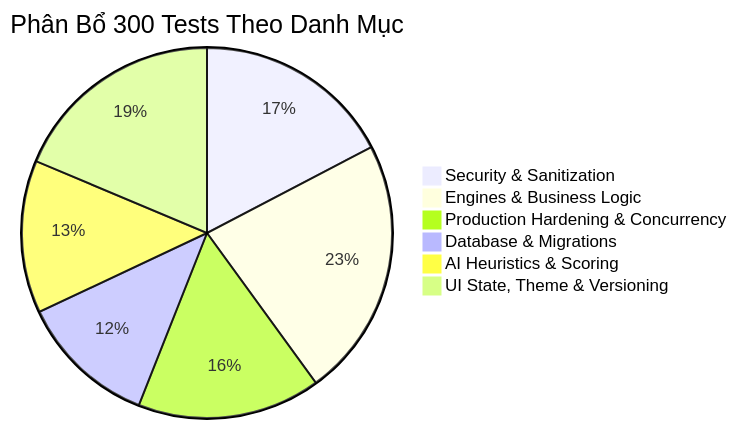
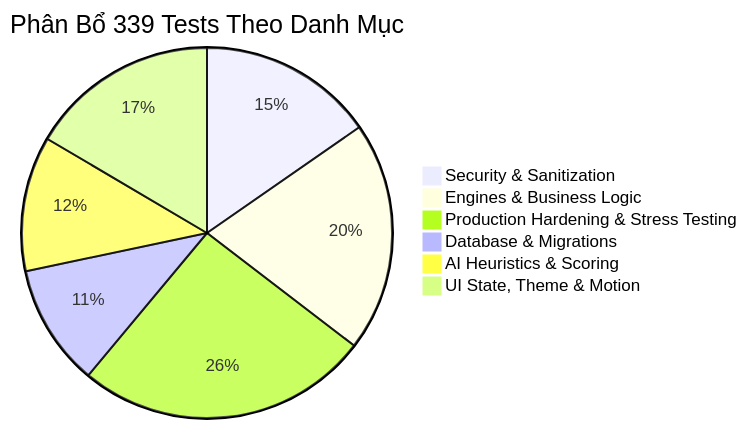
One commit to Nguyen-Trung-Tien/WinCarePro changed the diagram in docs/08_TESTING_AND_QUALITY_ASSURANCE.md. Above: the diagram before and after it, drawn with Mermaid. The commit also changed other lines of this file and 9 other files, not shown here.

First line of the commit message:
test: add stress hardening tests and cleanup fixes

````diff
--- a/docs/08_TESTING_AND_QUALITY_ASSURANCE.md
+++ b/docs/08_TESTING_AND_QUALITY_ASSURANCE.md
@@ -16,9 +16,9 @@
 ```mermaid
-pie title Phân Bổ 300 Tests Theo Danh Mục
+pie title Phân Bổ 339 Tests Theo Danh Mục
     "Security & Sanitization" : 52
     "Engines & Business Logic" : 68
-    "Production Hardening & Concurrency" : 48
+    "Production Hardening & Stress Testing" : 87
     "Database & Migrations" : 36
     "AI Heuristics & Scoring" : 40
-    "UI State, Theme & Versioning" : 56
+    "UI State, Theme & Motion" : 56
 ```
````
